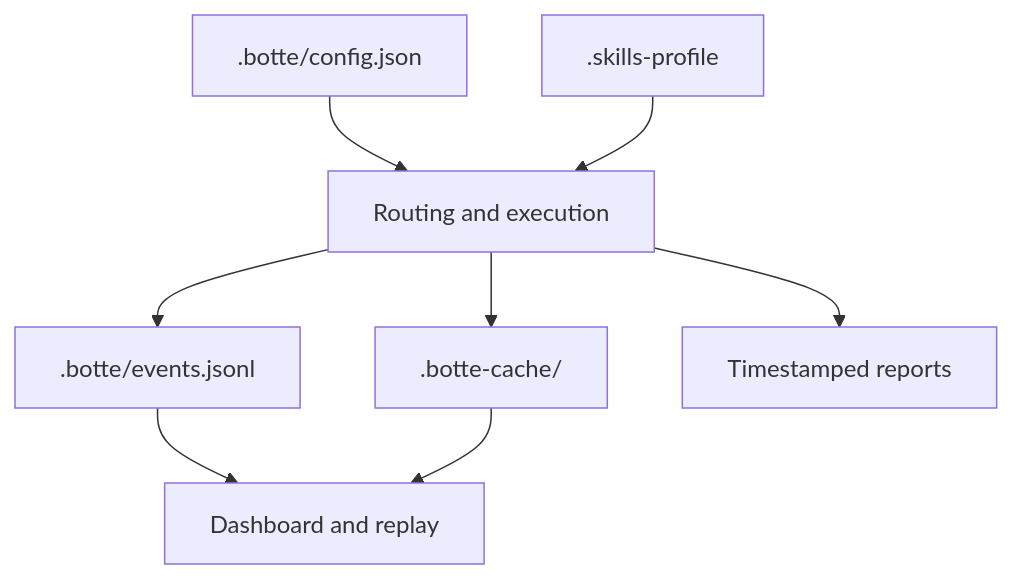
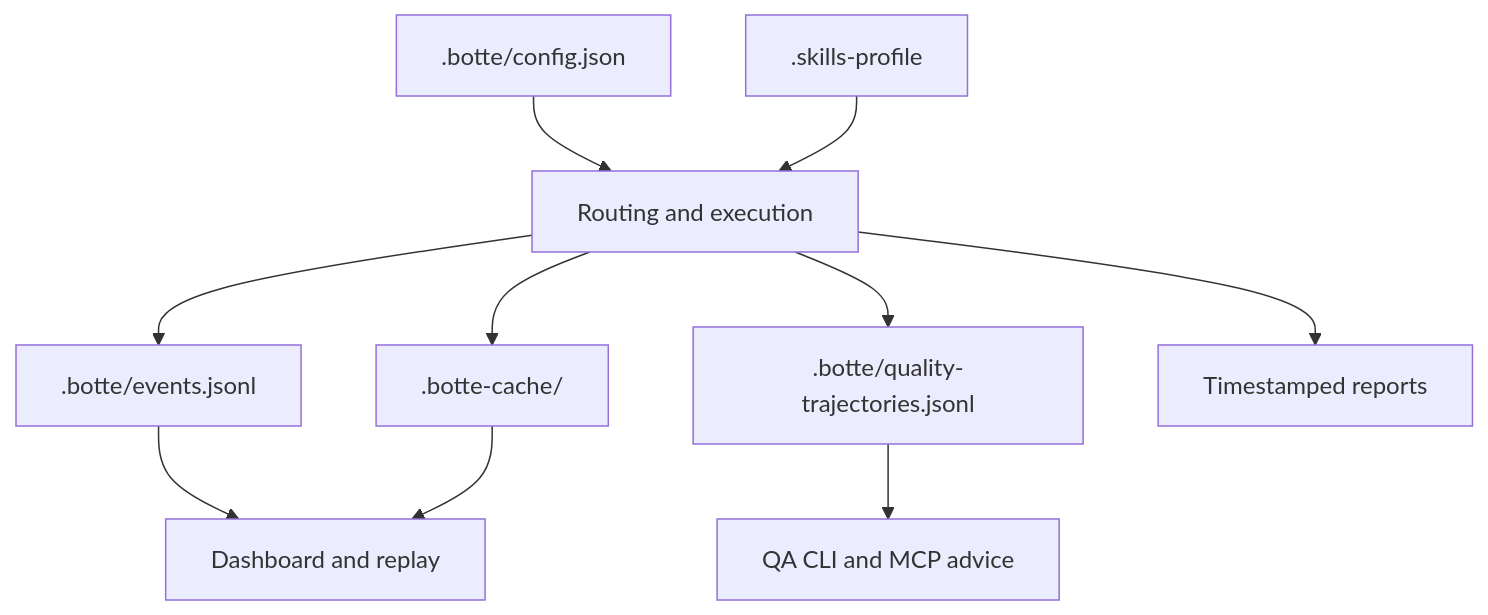
One commit to zedarvates/botte-secrete changed the third of 3 diagrams in docs/ARCHITECTURE.md. Above: the diagram before and after it, drawn with Mermaid. The commit also changed other lines of this file and 19 other files, not shown here.

Commit message:
feat(trajectory): add shadow quality compass

````diff
--- a/docs/ARCHITECTURE.md
+++ b/docs/ARCHITECTURE.md
@@ -114,10 +120,12 @@
 ```mermaid
 flowchart TB
     Config[".botte/config.json"] --> Runtime["Routing and execution"]
     Profile[".skills-profile"] --> Runtime
     Runtime --> Events[".botte/events.jsonl"]
+    Runtime --> Quality[".botte/quality-trajectories.jsonl"]
     Runtime --> Cache[".botte-cache/"]
     Events --> Dashboard["Dashboard and replay"]
     Cache --> Dashboard
+    Quality --> Compass["QA CLI and MCP advice"]
     Runtime --> Reports["Timestamped reports"]
 ```
````
